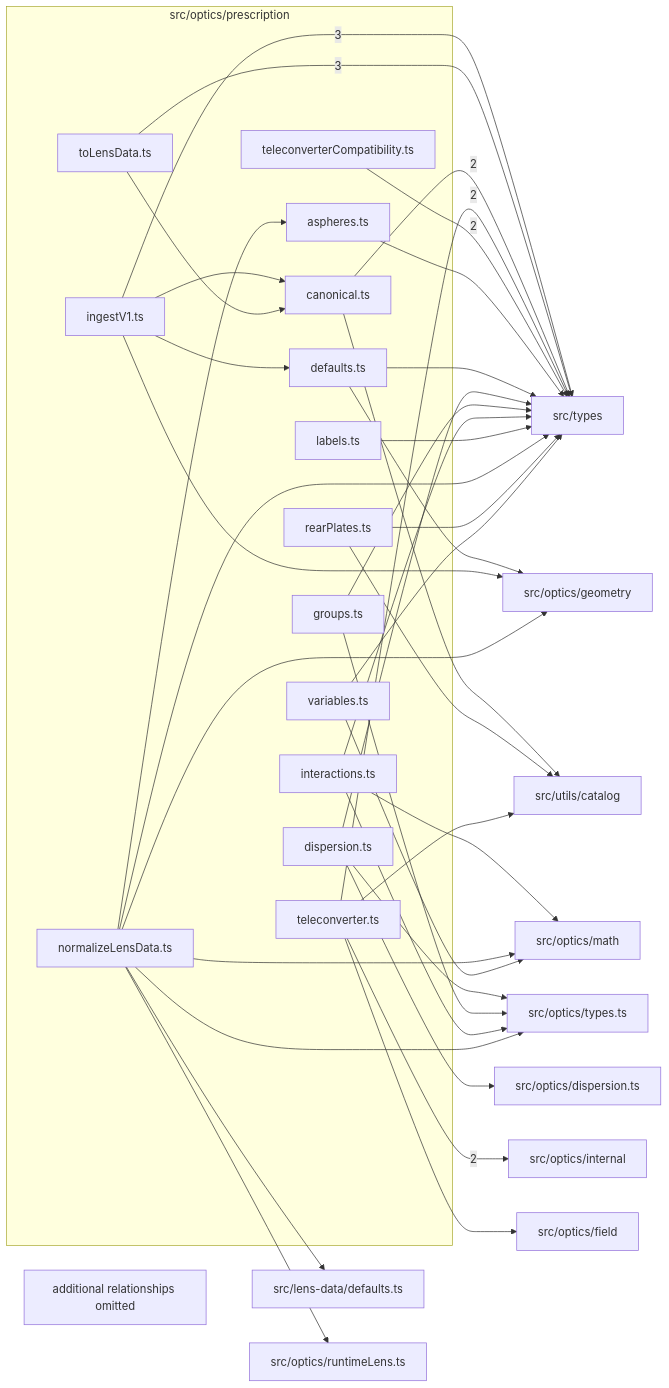
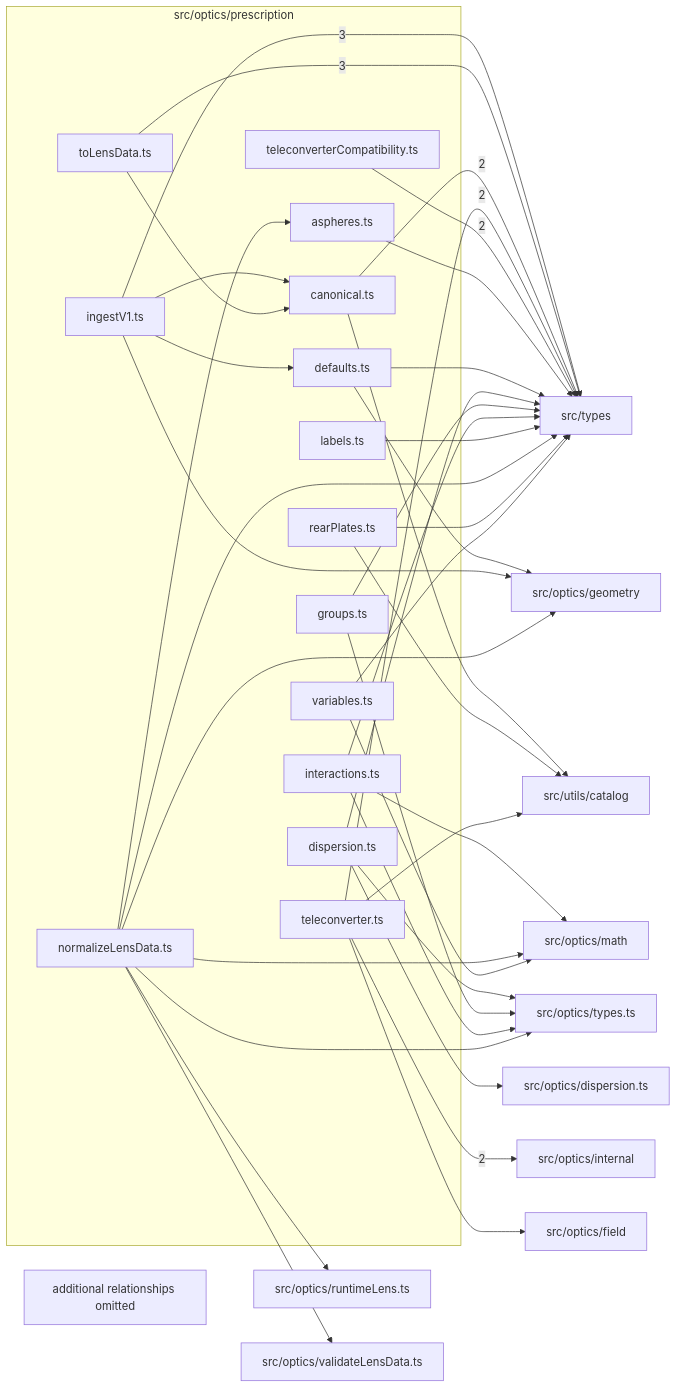
One commit to BeamFour/LensVisualizer changed the diagram in src/optics/prescription/readme.md. Above: the diagram before and after it, drawn with Mermaid. The commit also changed other lines of this file and 65 other files, not shown here.

````diff
--- a/src/optics/prescription/readme.md
+++ b/src/optics/prescription/readme.md
@@ -9,66 +9,66 @@
 ```mermaid
 flowchart LR
   subgraph n_src_optics_prescription["src/optics/prescription"]
     n_src_optics_prescription_src_optics_prescription_aspheres_ts["aspheres.ts"]
     n_src_optics_prescription_src_optics_prescription_canonical_ts["canonical.ts"]
     n_src_optics_prescription_src_optics_prescription_defaults_ts["defaults.ts"]
     n_src_optics_prescription_src_optics_prescription_dispersion_ts["dispersion.ts"]
     n_src_optics_prescription_src_optics_prescription_groups_ts["groups.ts"]
     n_src_optics_prescription_src_optics_prescription_ingestV1_ts["ingestV1.ts"]
     n_src_optics_prescription_src_optics_prescription_interactions_ts["interactions.ts"]
     n_src_optics_prescription_src_optics_prescription_labels_ts["labels.ts"]
     n_src_optics_prescription_src_optics_prescription_normalizeLensData_ts["normalizeLensData.ts"]
     n_src_optics_prescription_src_optics_prescription_rearPlates_ts["rearPlates.ts"]
     n_src_optics_prescription_src_optics_prescription_teleconverter_ts["teleconverter.ts"]
     n_src_optics_prescription_src_optics_prescription_teleconverterCompatibility_ts["teleconverterCompatibility.ts"]
     n_src_optics_prescription_src_optics_prescription_toLensData_ts["toLensData.ts"]
     n_src_optics_prescription_src_optics_prescription_variables_ts["variables.ts"]
   end
   n_external_src_types["src/types"]
   n_external_src_optics_internal["src/optics/internal"]
-  n_external_src_lens_data_defaults_ts["src/lens-data/defaults.ts"]
   n_external_src_optics_dispersion_ts["src/optics/dispersion.ts"]
   n_external_src_optics_field["src/optics/field"]
   n_external_src_optics_geometry["src/optics/geometry"]
   n_external_src_optics_math["src/optics/math"]
   n_external_src_optics_runtimeLens_ts["src/optics/runtimeLens.ts"]
   n_external_src_optics_types_ts["src/optics/types.ts"]
+  n_external_src_optics_validateLensData_ts["src/optics/validateLensData.ts"]
   n_external_src_utils_catalog["src/utils/catalog"]
   n_src_optics_prescription_src_optics_prescription_ingestV1_ts --> |3| n_external_src_types
   n_src_optics_prescription_src_optics_prescription_toLensData_ts --> |3| n_external_src_types
   n_src_optics_prescription_src_optics_prescription_teleconverter_ts --> |2| n_external_src_optics_internal
   n_src_optics_prescription_src_optics_prescription_canonical_ts --> |2| n_external_src_types
   n_src_optics_prescription_src_optics_prescription_teleconverter_ts --> |2| n_external_src_types
   n_src_optics_prescription_src_optics_prescription_teleconverterCompatibility_ts --> |2| n_external_src_types
-  n_src_optics_prescription_src_optics_prescription_normalizeLensData_ts --> n_external_src_lens_data_defaults_ts
   n_src_optics_prescription_src_optics_prescription_dispersion_ts --> n_external_src_optics_dispersion_ts
   n_src_optics_prescription_src_optics_prescription_teleconverter_ts --> n_external_src_optics_field
   n_src_optics_prescription_src_optics_prescription_defaults_ts --> n_external_src_optics_geometry
   n_src_optics_prescription_src_optics_prescription_ingestV1_ts --> n_external_src_optics_geometry
   n_src_optics_prescription_src_optics_prescription_normalizeLensData_ts --> n_external_src_optics_geometry
   n_src_optics_prescription_src_optics_prescription_interactions_ts --> n_external_src_optics_math
   n_src_optics_prescription_src_optics_prescription_normalizeLensData_ts --> n_external_src_optics_math
   n_src_optics_prescription_src_optics_prescription_variables_ts --> n_external_src_optics_math
   n_src_optics_prescription_src_optics_prescription_normalizeLensData_ts --> n_external_src_optics_runtimeLens_ts
   n_src_optics_prescription_src_optics_prescription_dispersion_ts --> n_external_src_optics_types_ts
   n_src_optics_prescription_src_optics_prescription_groups_ts --> n_external_src_optics_types_ts
   n_src_optics_prescription_src_optics_prescription_interactions_ts --> n_external_src_optics_types_ts
   n_src_optics_prescription_src_optics_prescription_normalizeLensData_ts --> n_external_src_optics_types_ts
+  n_src_optics_prescription_src_optics_prescription_normalizeLensData_ts --> n_external_src_optics_validateLensData_ts
   n_src_optics_prescription_src_optics_prescription_aspheres_ts --> n_external_src_types
   n_src_optics_prescription_src_optics_prescription_defaults_ts --> n_external_src_types
   n_src_optics_prescription_src_optics_prescription_dispersion_ts --> n_external_src_types
   n_src_optics_prescription_src_optics_prescription_groups_ts --> n_external_src_types
   n_src_optics_prescription_src_optics_prescription_interactions_ts --> n_external_src_types
   n_src_optics_prescription_src_optics_prescription_labels_ts --> n_external_src_types
   n_src_optics_prescription_src_optics_prescription_normalizeLensData_ts --> n_external_src_types
   n_src_optics_prescription_src_optics_prescription_rearPlates_ts --> n_external_src_types
   n_src_optics_prescription_src_optics_prescription_variables_ts --> n_external_src_types
   n_src_optics_prescription_src_optics_prescription_canonical_ts --> n_external_src_utils_catalog
   n_src_optics_prescription_src_optics_prescription_rearPlates_ts --> n_external_src_utils_catalog
   n_src_optics_prescription_src_optics_prescription_teleconverter_ts --> n_external_src_utils_catalog
   n_src_optics_prescription_src_optics_prescription_normalizeLensData_ts --> n_src_optics_prescription_src_optics_prescription_aspheres_ts
   n_src_optics_prescription_src_optics_prescription_ingestV1_ts --> n_src_optics_prescription_src_optics_prescription_canonical_ts
   n_src_optics_prescription_src_optics_prescription_toLensData_ts --> n_src_optics_prescription_src_optics_prescription_canonical_ts
   n_src_optics_prescription_src_optics_prescription_ingestV1_ts --> n_src_optics_prescription_src_optics_prescription_defaults_ts
   n_src_optics_prescription_truncated["additional relationships omitted"]
 ```
````
